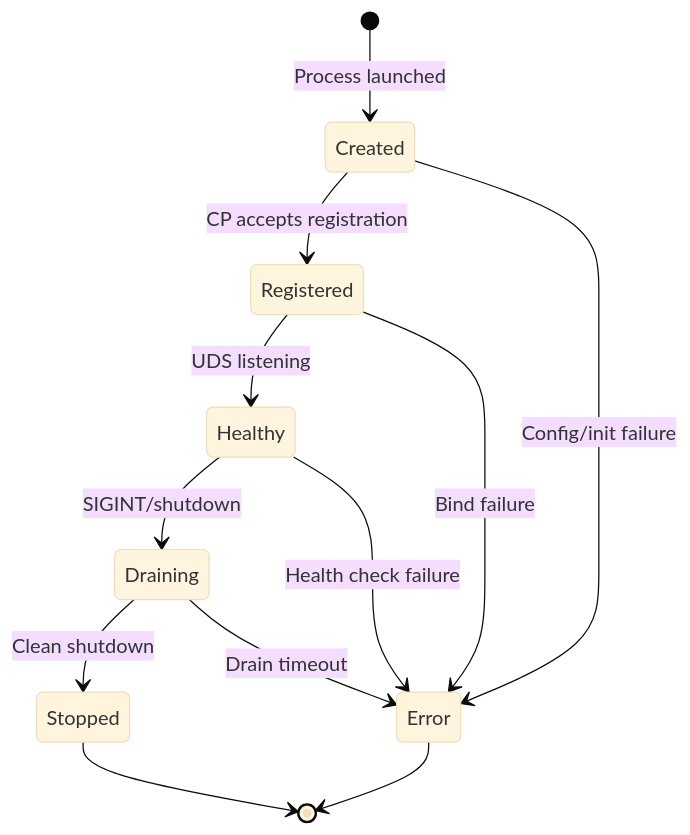
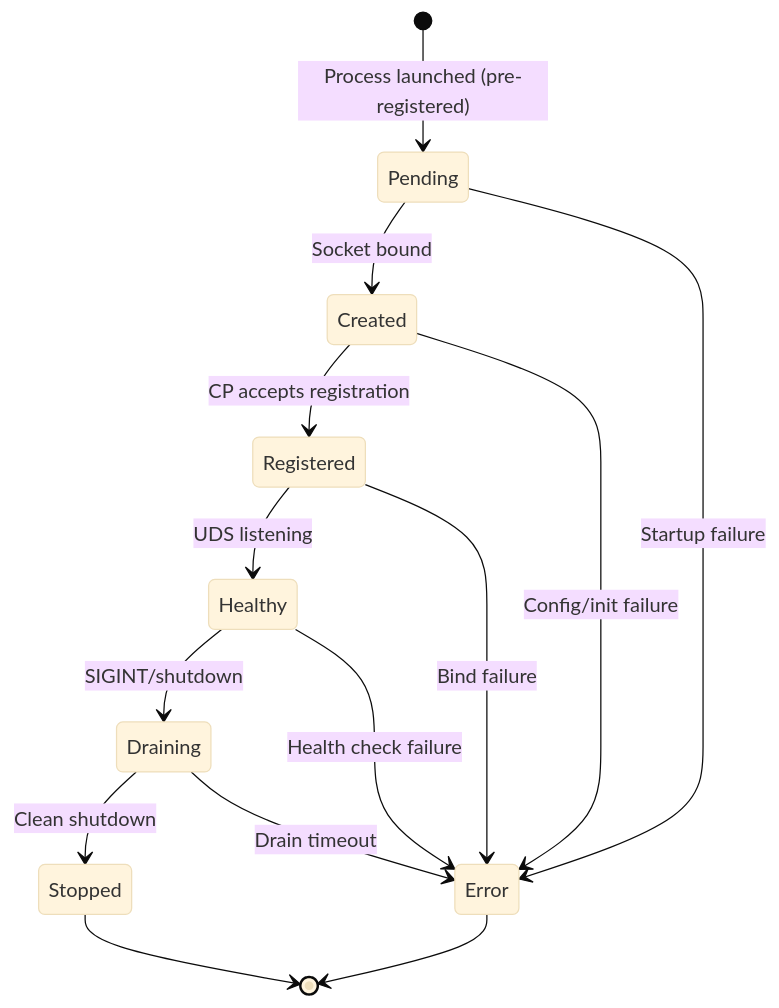
The first of 10 diagrams in docs/design/CRITICAL_FUNCTION_GLOSSARY.md (rogu3bear/adapter-os), drawn with Mermaid (base theme) before and after one commit. The commit also changed other lines of this file and 165 other files, not shown here.

````diff
--- a/docs/design/CRITICAL_FUNCTION_GLOSSARY.md
+++ b/docs/design/CRITICAL_FUNCTION_GLOSSARY.md
@@ -39,14 +39,16 @@
 ```mermaid
 stateDiagram-v2
-    [*] --> Created: Process launched
+    [*] --> Pending: Process launched (pre-registered)
+    Pending --> Created: Socket bound
+    Pending --> Error: Startup failure
     Created --> Registered: CP accepts registration
     Created --> Error: Config/init failure
     Registered --> Healthy: UDS listening
     Registered --> Error: Bind failure
     Healthy --> Draining: SIGINT/shutdown
     Healthy --> Error: Health check failure
     Draining --> Stopped: Clean shutdown
     Draining --> Error: Drain timeout
     Stopped --> [*]
     Error --> [*]
 ```
````
